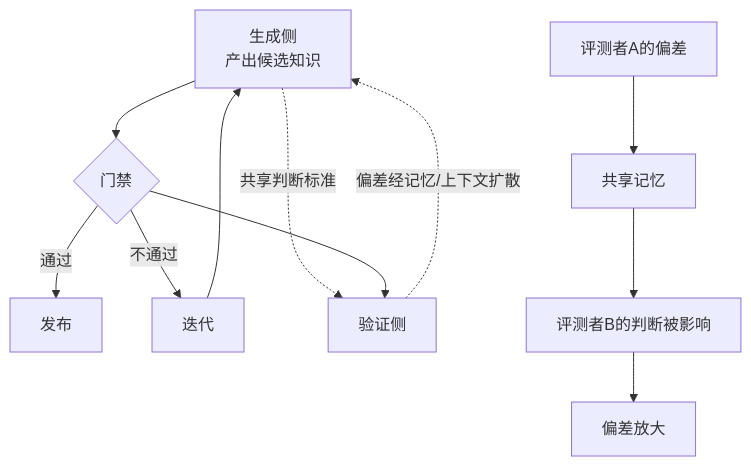
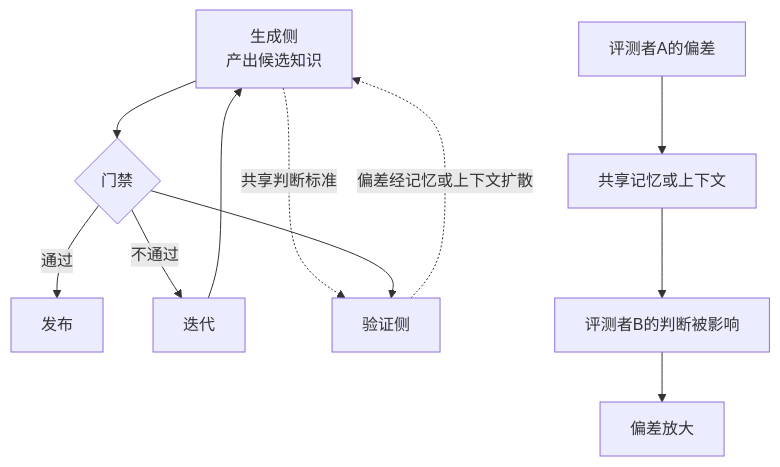
Before and after one commit to linlisWorkTeam/wpKnowledge: the diagram in knowledge/2.wiki/研究/评测/门禁自博弈风险.md, drawn with Mermaid. The commit also changed other lines of this file and 4 other files, not shown here.

````diff
--- a/knowledge/2.wiki/研究/评测/门禁自博弈风险.md
+++ b/knowledge/2.wiki/研究/评测/门禁自博弈风险.md
@@ -42,13 +42,13 @@
 ```mermaid
 flowchart TD
     A[生成侧<br/>产出候选知识] --> B{门禁}
     B -->|通过| C[发布]
     B -->|不通过| D[迭代]
     D --> A
     A -.->|共享判断标准| E[验证侧]
     B --> E
-    E -.->|偏差经记忆/上下文扩散| A
-    F[评测者A的偏差] --> G[共享记忆]
+    E -.->|偏差经记忆或上下文扩散| A
+    F[评测者A的偏差] --> G[共享记忆或上下文]
     G --> H[评测者B的判断被影响]
     H --> I[偏差放大]
 ```
````
